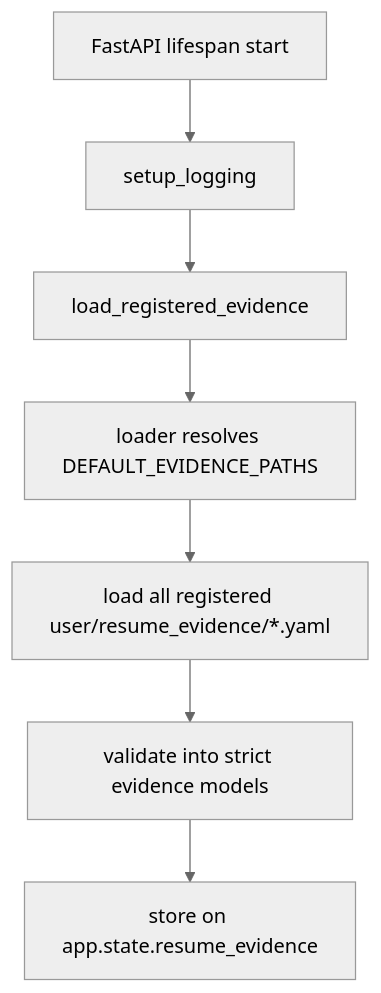
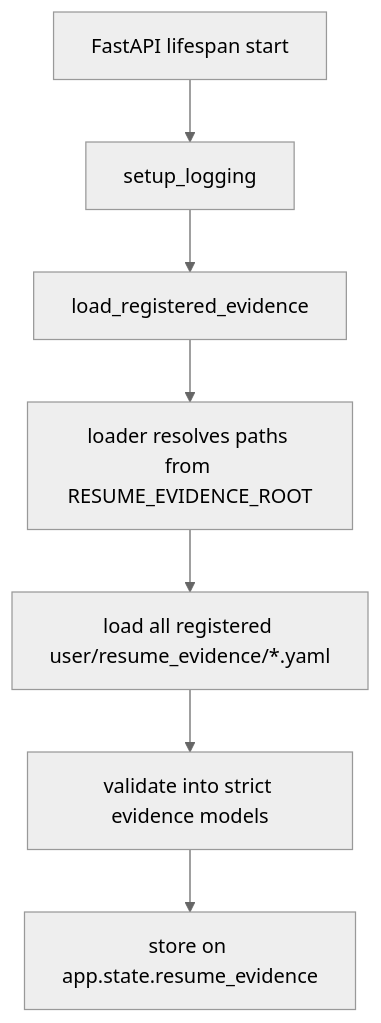
One commit to namerror/JobForge changed the first of 5 diagrams in docs/architecture-overview.md. Above: the diagram before and after it, drawn with Mermaid (neutral theme). The commit also changed other lines of this file and 36 other files, not shown here.

Commit message:
Move resume evidence to backend - add it to the app backend and expose CRUD endpoint

````diff
--- a/docs/architecture-overview.md
+++ b/docs/architecture-overview.md
@@ -123,9 +127,9 @@
 ```mermaid
 flowchart TD
     A[FastAPI lifespan start] --> B[setup_logging]
     B --> C[load_registered_evidence]
-    C --> D[loader resolves DEFAULT_EVIDENCE_PATHS]
+    C --> D[loader resolves paths from RESUME_EVIDENCE_ROOT]
     D --> E[load all registered user/resume_evidence/*.yaml]
     E --> F[validate into strict evidence models]
     F --> G[store on app.state.resume_evidence]
 ```
````
